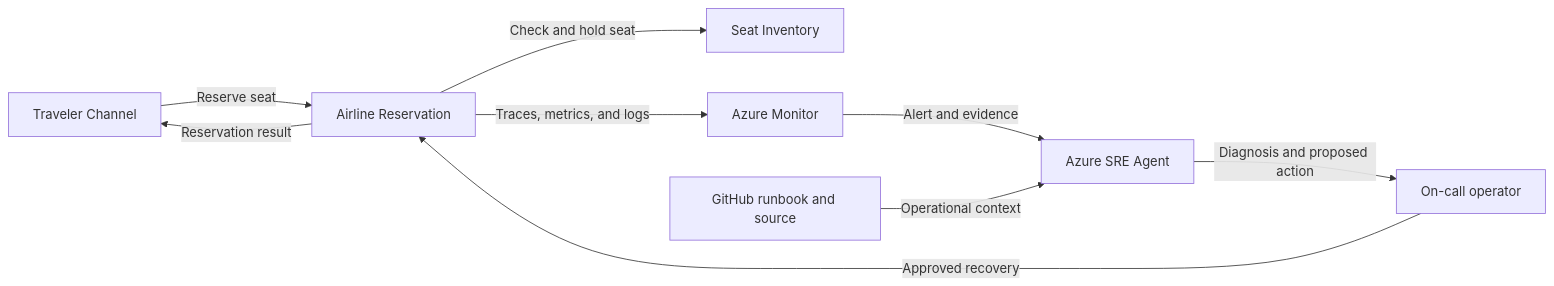
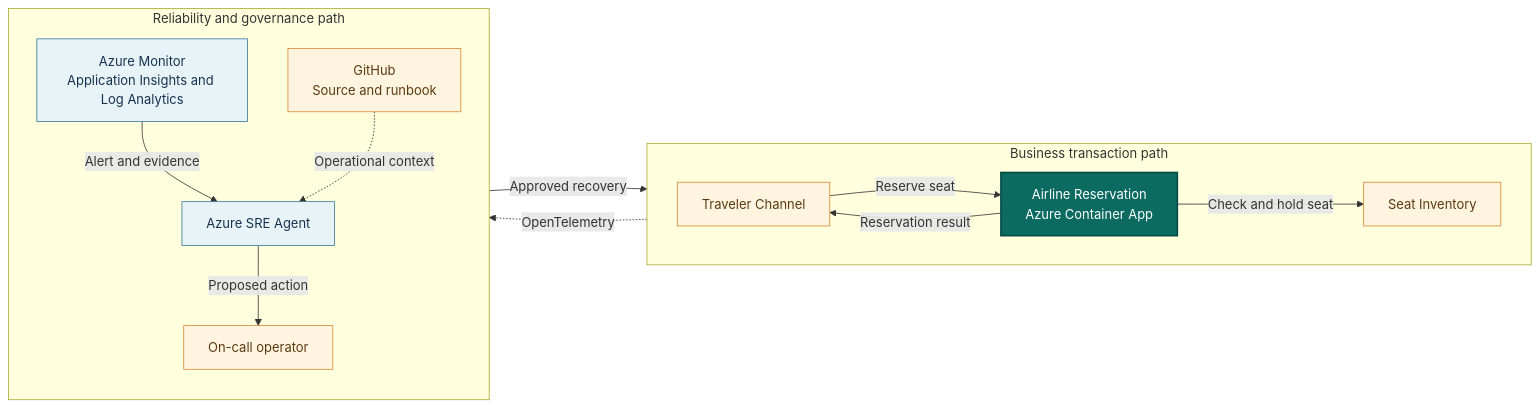
Before and after one commit to KrishnaDistributedcomputing/SREAgentEnterpriseShowcase: the diagram in runbooks/airline-reservation.md, drawn with Mermaid. The commit also changed other lines of this file and 14 other files, not shown here.

First line of the commit message:
docs(docs): refine system context diagrams

````diff
--- a/runbooks/airline-reservation.md
+++ b/runbooks/airline-reservation.md
@@ -32,11 +32,33 @@
 ```mermaid
 flowchart LR
-    Traveler[Traveler Channel] -->|Reserve seat| App[Airline Reservation]
-    App -->|Check and hold seat| Dependency[Seat Inventory]
-    App -->|Reservation result| Traveler
-    App -->|Traces, metrics, and logs| Monitor[Azure Monitor]
-    Monitor -->|Alert and evidence| Agent[Azure SRE Agent]
-    Runbook[GitHub runbook and source] -->|Operational context| Agent
-    Agent -->|Diagnosis and proposed action| Operator[On-call operator]
-    Operator -->|Approved recovery| App
+    subgraph Business["Business transaction path"]
+        direction LR
+        Traveler["Traveler Channel"]
+        App["Airline Reservation<br/>Azure Container App"]
+        Inventory["Seat Inventory"]
+        Traveler -->|"Reserve seat"| App
+        App -->|"Check and hold seat"| Inventory
+        App -->|"Reservation result"| Traveler
+    end
+
+    subgraph Operations["Reliability and governance path"]
+        direction TB
+        Monitor["Azure Monitor<br/>Application Insights and Log Analytics"]
+        Agent["Azure SRE Agent"]
+        Operator["On-call operator"]
+        Repository["GitHub<br/>Source and runbook"]
+        Monitor -->|"Alert and evidence"| Agent
+        Repository -.->|"Operational context"| Agent
+        Agent -->|"Proposed action"| Operator
+    end
+
+    App -.->|"OpenTelemetry"| Monitor
+    Operator -->|"Approved recovery"| App
+
+    classDef application fill:#0b6b61,color:#ffffff,stroke:#064b45,stroke-width:2px
+    classDef azure fill:#e8f3f8,color:#16324f,stroke:#39789b
+    classDef external fill:#fff4df,color:#5b3a11,stroke:#d78a32
+    class App application
+    class Monitor,Agent azure
+    class Traveler,Inventory,Operator,Repository external
 ```
````
